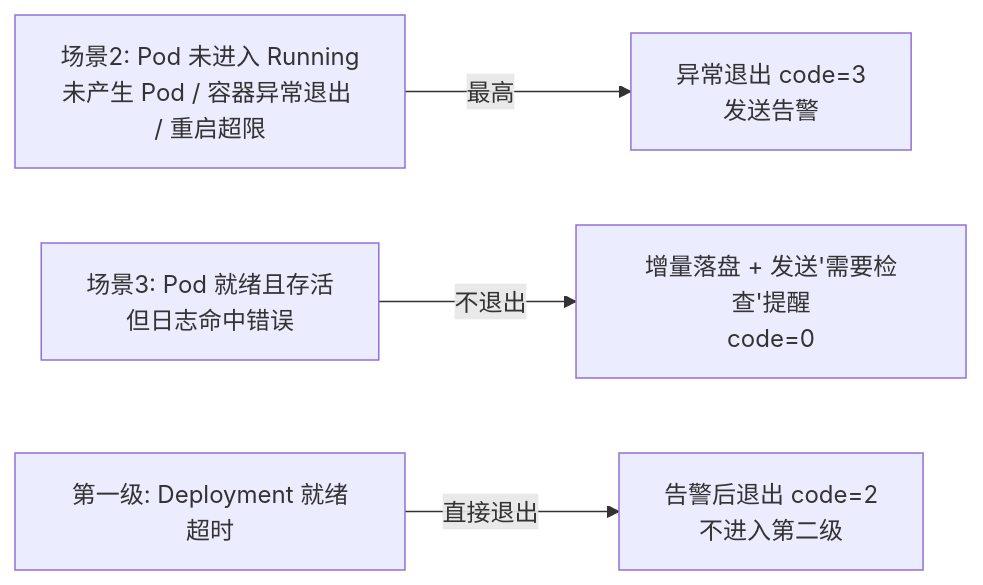
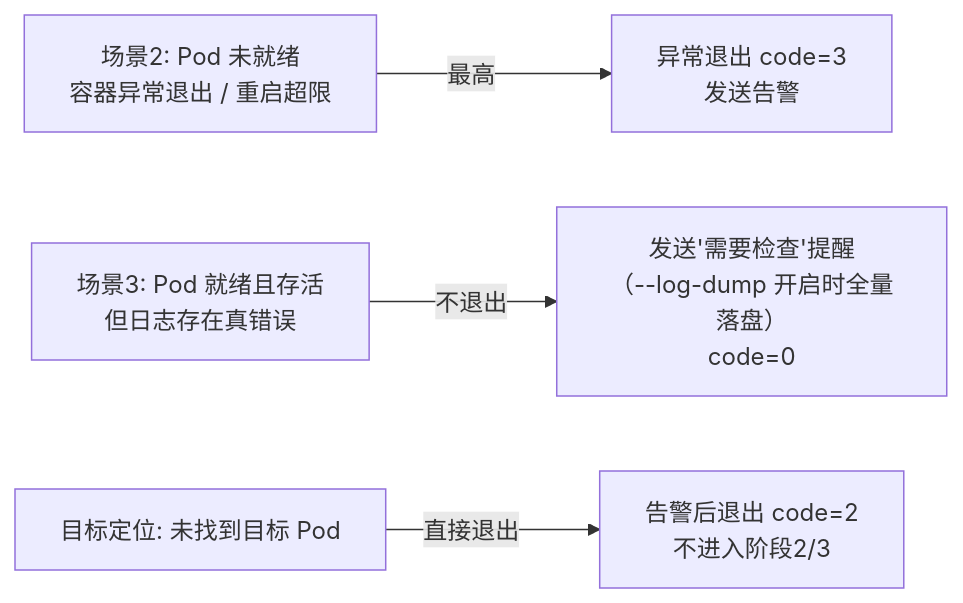
One commit to wa3721/kubecheck changed the third of 3 diagrams in doc/kubectl-check-architecture.md. Above: the diagram before and after it, drawn with Mermaid. The commit also changed other lines of this file and 35 other files, not shown here.

````diff
--- a/doc/kubectl-check-architecture.md
+++ b/doc/kubectl-check-architecture.md
@@ -197,6 +211,6 @@
 ```mermaid
 flowchart LR
-    A[场景2: Pod 未进入 Running<br/>未产生 Pod / 容器异常退出 / 重启超限] -->|最高| B[异常退出 code=3<br/>发送告警]
-    C[场景3: Pod 就绪且存活<br/>但日志命中错误] -->|不退出| D[增量落盘 + 发送'需要检查'提醒<br/>code=0]
-    E[第一级: Deployment 就绪超时] -->|直接退出| F[告警后退出 code=2<br/>不进入第二级]
+    A[场景2: Pod 未就绪<br/>容器异常退出 / 重启超限] -->|最高| B[异常退出 code=3<br/>发送告警]
+    C[场景3: Pod 就绪且存活<br/>但日志存在真错误] -->|不退出| D[发送'需要检查'提醒<br/>（--log-dump 开启时全量落盘）<br/>code=0]
+    E[目标定位: 未找到目标 Pod] -->|直接退出| F[告警后退出 code=2<br/>不进入阶段2/3]
 ```
````
